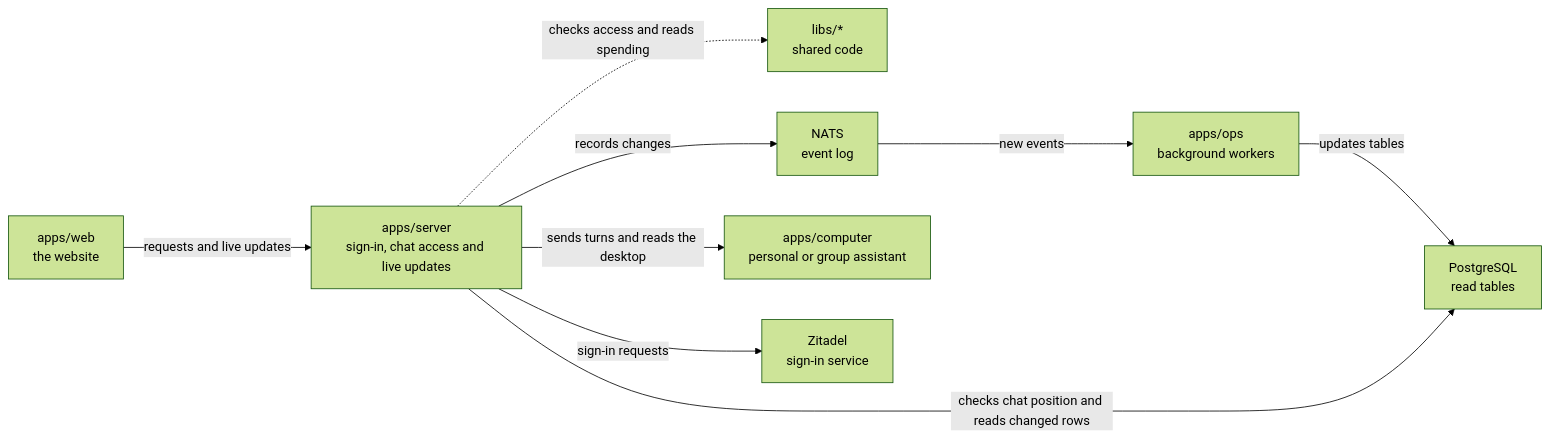
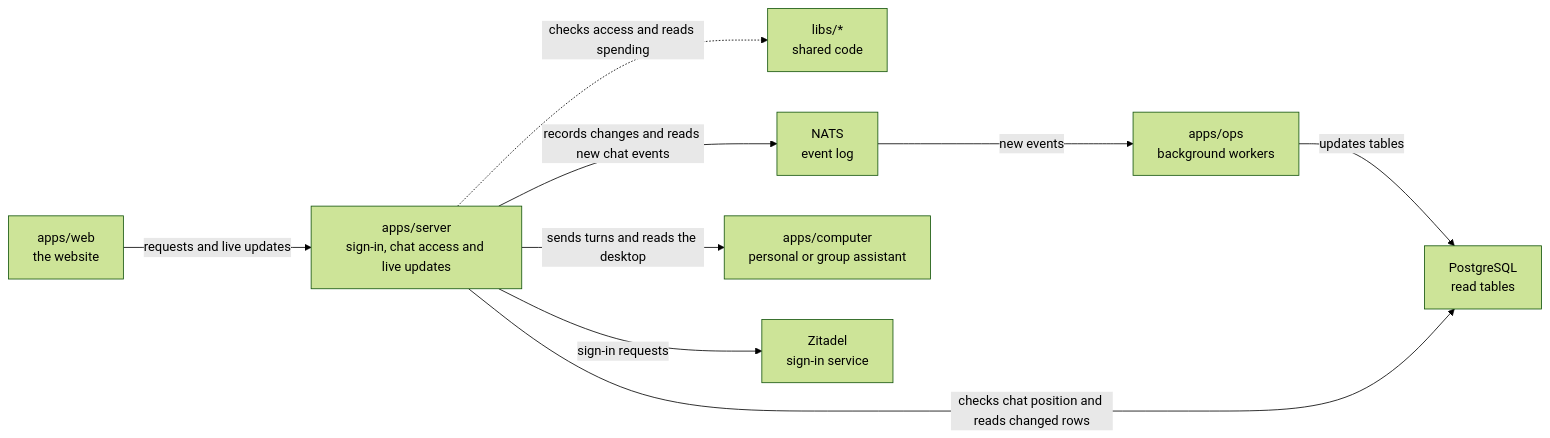
The diagram in apps/server/README.md (elewa-git/opencrane-new), drawn with Mermaid (forest theme) before and after one commit. The commit also changed other lines of this file and 6 other files, not shown here.

Commit message:
💬 Read new chat events before recording replies.

````diff
--- a/apps/server/README.md
+++ b/apps/server/README.md
@@ -11,11 +11,11 @@
 ```mermaid
 flowchart LR
   web["apps/web<br/>the website"] -->|requests and live updates| server["apps/server<br/>sign-in, chat access and live updates"]
   server -.->|checks access and reads spending| libs["libs/*<br/>shared code"]
-  server -->|records changes| nats["NATS<br/>event log"]
+  server -->|records changes and reads new chat events| nats["NATS<br/>event log"]
   nats -->|new events| ops["apps/ops<br/>background workers"]
   ops -->|updates tables| postgres["PostgreSQL<br/>read tables"]
   server -->|checks chat position and reads changed rows| postgres
   server -->|sends turns and reads the desktop| computer["apps/computer<br/>personal or group assistant"]
   server -->|sign-in requests| zitadel["Zitadel<br/>sign-in service"]
 ```
````
